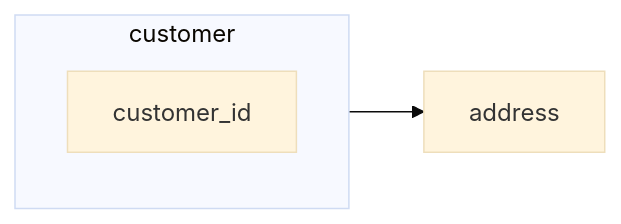
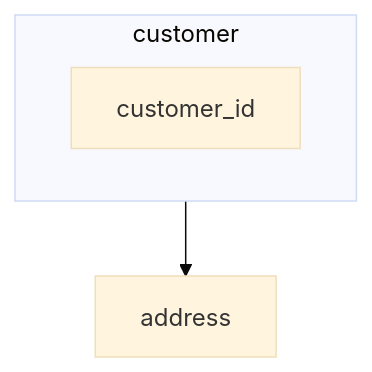
The third of 5 diagrams in _posts/2021-01-20-Normalization.md (ojitha/ojitha.github.io), drawn with Mermaid (base theme) before and after one commit. The commit also changed other lines of this file and 1 other file, not shown here.

````diff
--- a/_posts/2021-01-20-Normalization.md
+++ b/_posts/2021-01-20-Normalization.md
@@ -105,7 +104,7 @@
-<div class="mermaid">
-flowchart LR
+```mermaid
+flowchart TB
 	subgraph customer
 		customer_id
 	end	
 	customer --> address  
-</div>
+```
````
